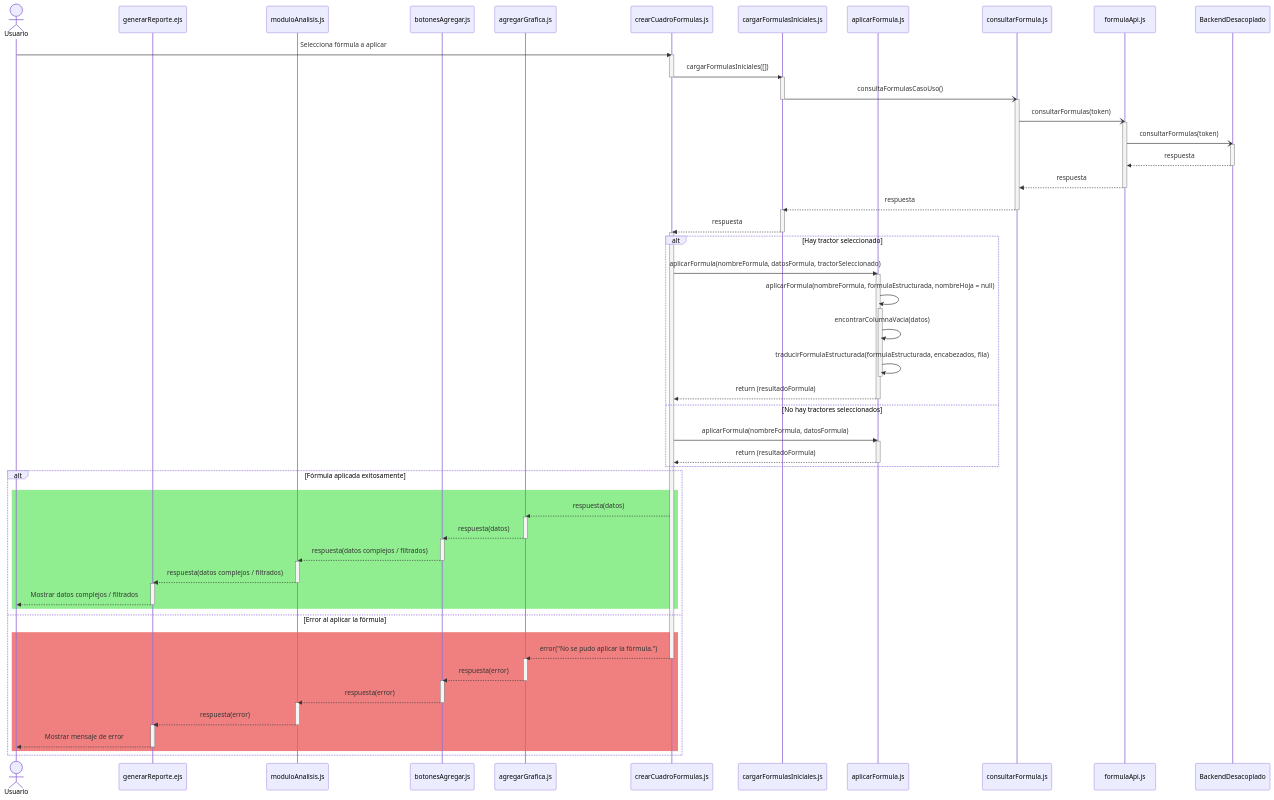
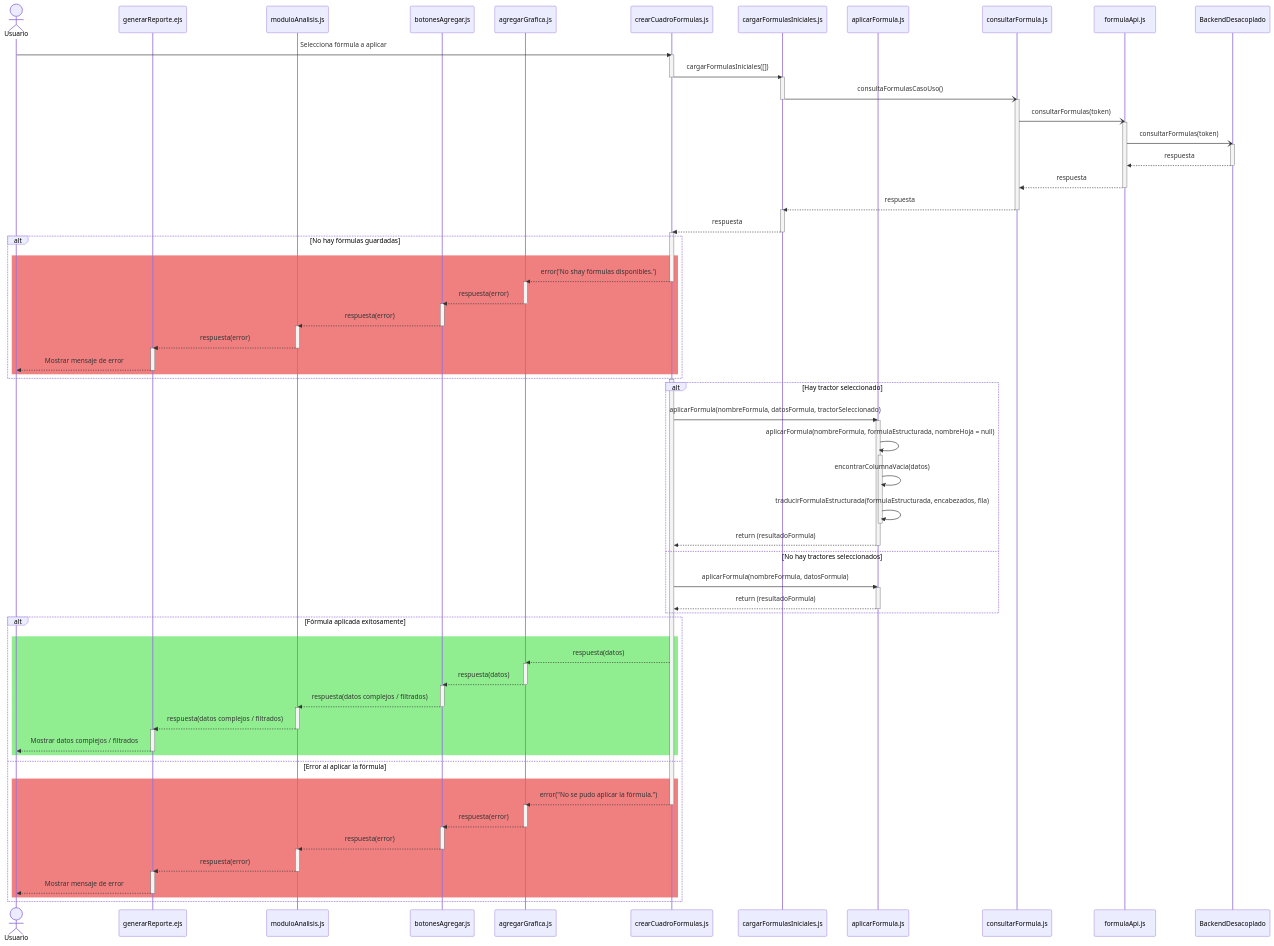
One commit to CodeAnd-Co/Documentacion changed the diagram in documentation/docs/proyectos/tractores/documentacion/requisitos/RF27.md. Above: the diagram before and after it, drawn with Mermaid. The commit also changed other lines of this file, not shown here.

Commit message:
Agregar flujo alterno

```diff
--- a/documentation/docs/proyectos/tractores/documentacion/requisitos/RF27.md
+++ b/documentation/docs/proyectos/tractores/documentacion/requisitos/RF27.md
@@ -71,6 +72,26 @@
     activate formulasIniciales
     formulasIniciales -->> cuadroFormulas: respuesta
     deactivate formulasIniciales
+    activate cuadroFormulas
+    alt No hay fórmulas guardadas
+        rect Lightcoral
+        cuadroFormulas -->> Grafica: error('No shay fórmulas disponibles.')
+        deactivate cuadroFormulas
+        activate Grafica
+        Grafica -->> BotonesAgregar: respuesta(error)
+        deactivate Grafica
+        activate BotonesAgregar
+        BotonesAgregar -->> utilAnalisis: respuesta(error)
+        deactivate BotonesAgregar
+        activate utilAnalisis
+        utilAnalisis -->> Vista: respuesta(error)
+        deactivate utilAnalisis
+        activate Vista
+        Vista -->> Usuario: Mostrar mensaje de error
+        deactivate Vista
+        end
+    end 
+
     activate cuadroFormulas
     alt Hay tractor seleccionado
         cuadroFormulas ->> AplicarFormula: aplicarFormula(nombreFormula, datosFormula, tractorSeleccionado)
```
